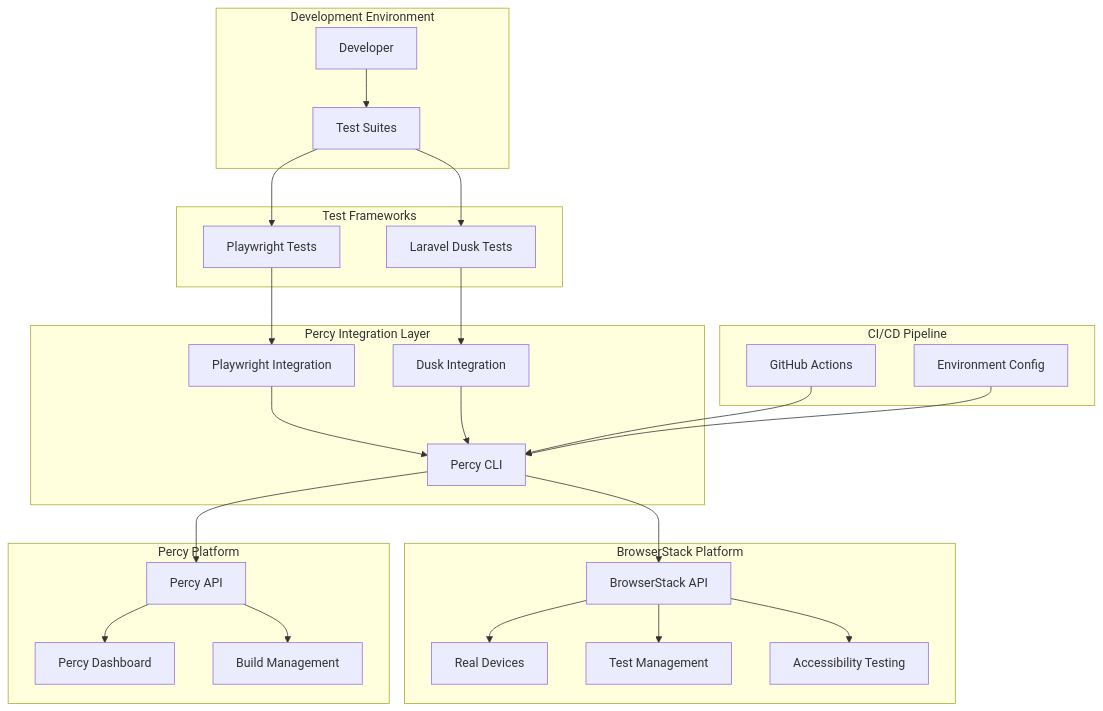
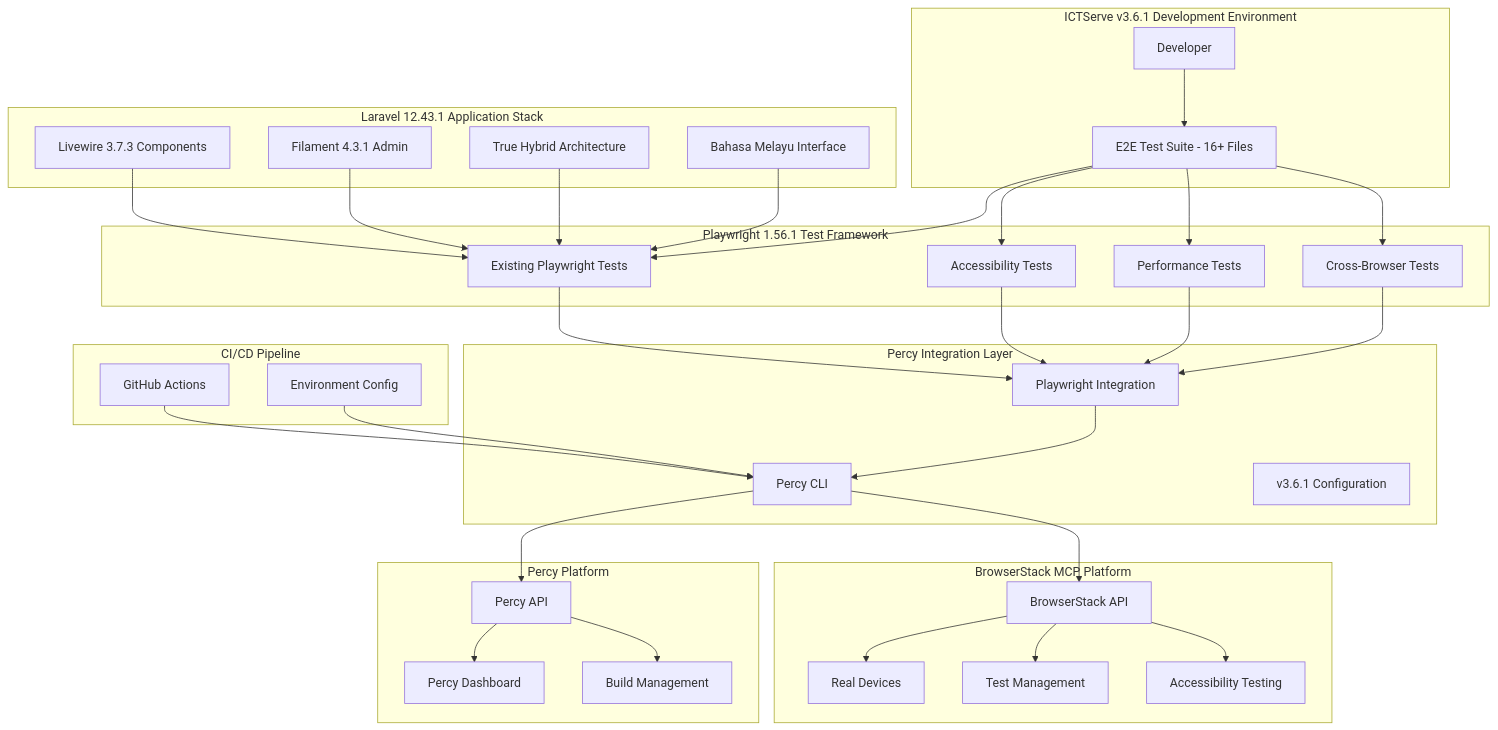
One commit to IzzatFirdaus/ictserve-031125 changed the diagram in .kiro/specs/percy-visual-testing-integration/design.md. Above: the diagram before and after it, drawn with Mermaid. The commit also changed other lines of this file and 2 other files, not shown here.

First line of the commit message:
test: update Percy visual testing specifications

````diff
--- a/.kiro/specs/percy-visual-testing-integration/design.md
+++ b/.kiro/specs/percy-visual-testing-integration/design.md
@@ -13,53 +13,69 @@
 ```mermaid
 graph TB
-    subgraph "Development Environment"
+    subgraph "ICTServe v3.6.1 Development Environment"
         DEV[Developer]
-        TESTS[Test Suites]
+        TESTS[E2E Test Suite - 16+ Files]
     end
     
-    subgraph "Test Frameworks"
-        PW[Playwright Tests]
-        DUSK[Laravel Dusk Tests]
+    subgraph "Laravel 12.43.1 Application Stack"
+        LV[Livewire 3.7.3 Components]
+        FIL[Filament 4.3.1 Admin]
+        HYBRID[True Hybrid Architecture]
+        BM[Bahasa Melayu Interface]
+    end
+    
+    subgraph "Playwright 1.56.1 Test Framework"
+        PW[Existing Playwright Tests]
+        ACC[Accessibility Tests]
+        PERF[Performance Tests]
+        CROSS[Cross-Browser Tests]
     end
     
     subgraph "Percy Integration Layer"
         CLI[Percy CLI]
         PWI[Playwright Integration]
-        DI[Dusk Integration]
+        CONFIG[v3.6.1 Configuration]
     end
     
-    subgraph "BrowserStack Platform"
+    subgraph "BrowserStack MCP Platform"
         BS_API[BrowserStack API]
         BS_DEVICES[Real Devices]
         BS_TM[Test Management]
         BS_A11Y[Accessibility Testing]
     end
     
     subgraph "Percy Platform"
         API[Percy API]
         DASH[Percy Dashboard]
         BUILDS[Build Management]
     end
     
     subgraph "CI/CD Pipeline"
         GHA[GitHub Actions]
         ENV[Environment Config]
     end
     
     DEV --> TESTS
     TESTS --> PW
-    TESTS --> DUSK
+    TESTS --> ACC
+    TESTS --> PERF
+    TESTS --> CROSS
     PW --> PWI
-    DUSK --> DI
+    ACC --> PWI
+    PERF --> PWI
+    CROSS --> PWI
     PWI --> CLI
-    DI --> CLI
     CLI --> API
     CLI --> BS_API
     API --> DASH
     API --> BUILDS
     BS_API --> BS_DEVICES
     BS_API --> BS_TM
     BS_API --> BS_A11Y
     GHA --> CLI
     ENV --> CLI
+    LV --> PW
+    FIL --> PW
+    HYBRID --> PW
+    BM --> PW
 ```
````
